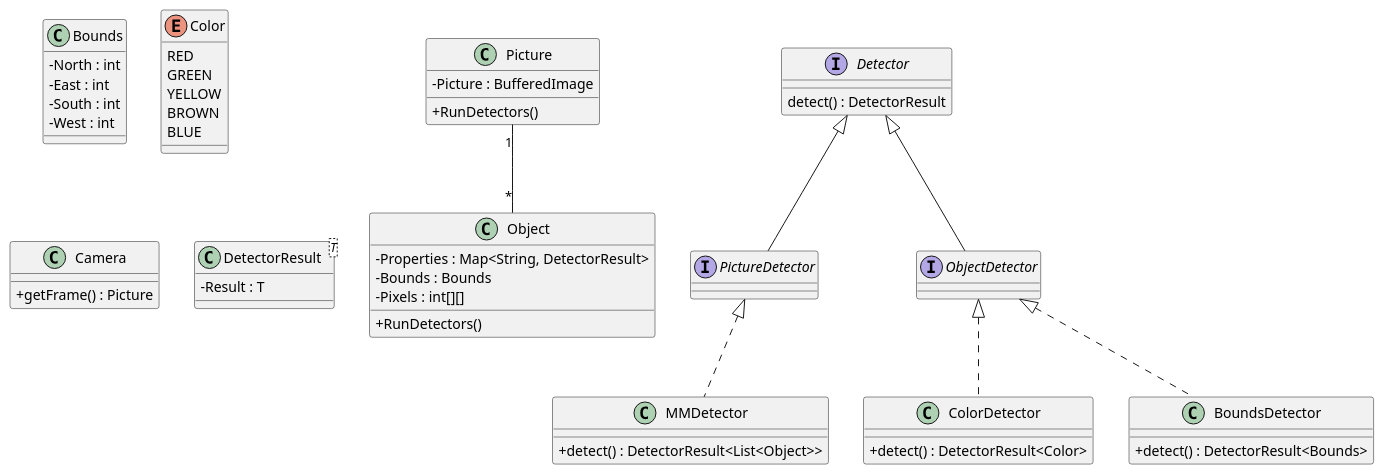
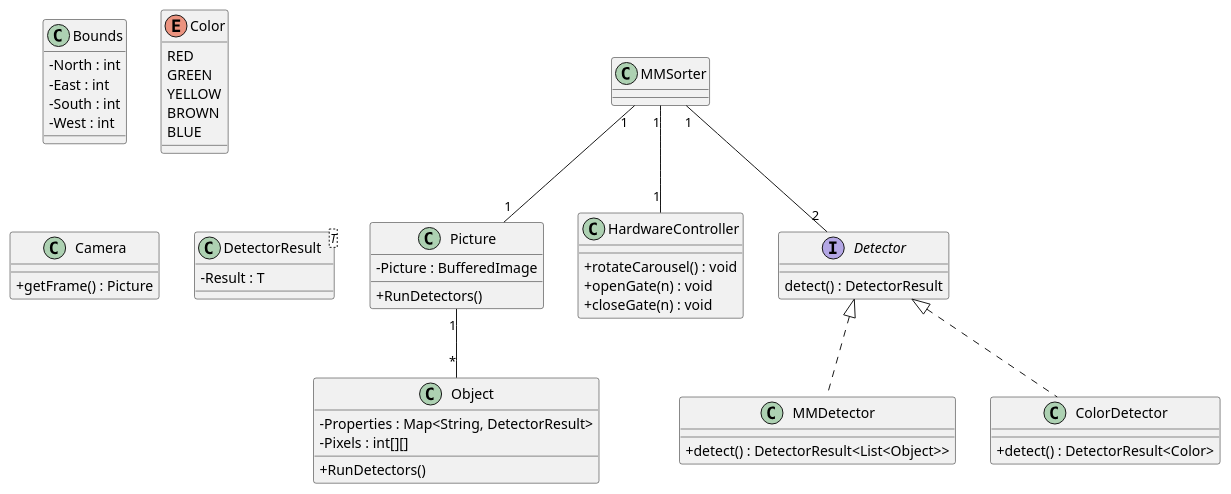
Before and after one commit to VincentBean/ProjRobotica: the diagram in src/ti02/robotica/UML/Class.puml, drawn with PlantUML. The commit also changed 7 other files, not shown here.

```diff
--- a/src/ti02/robotica/UML/Class.puml
+++ b/src/ti02/robotica/UML/Class.puml
@@ -1,79 +1,91 @@
 @startuml
 
 skinparam {
     classAttributeIconSize 0
     'shadowing false
     'handwritten true
     'monospace reverse
 }
 
+class MMSorter {
+
+}
+
 class Object {
     - Properties : Map<String, DetectorResult>
-    - Bounds : Bounds
+'    - Bounds : Bounds
     - Pixels : int[][]
     + RunDetectors()
 }
 
 class Bounds {
     - North : int
     - East : int
     - South : int
     - West : int
 }
 
 enum Color {
     RED
     GREEN
     YELLOW
     BROWN
     BLUE
 }
 
 class Picture {
     - Picture : BufferedImage
     + RunDetectors()
 }
 
 class Camera {
     + getFrame() : Picture
 }
 
+class HardwareController {
+    + rotateCarousel() : void
+    + openGate(n) : void
+    + closeGate(n) : void
+}
+
 interface Detector {
     detect() : DetectorResult
 }
 
-interface PictureDetector implements Detector {
+'interface PictureDetector implements Detector {
+'
+'}
 
-}
+'interface ObjectDetector implements Detector {
+'
+'}
 
-interface ObjectDetector implements Detector {
-
-}
-
-class MMDetector implements PictureDetector {
+class MMDetector implements Detector {
     + detect() : DetectorResult<List<Object>>
 }
 
-class ColorDetector implements ObjectDetector {
+class ColorDetector implements Detector {
     + detect() : DetectorResult<Color>
 }
 
-class BoundsDetector implements ObjectDetector {
-    + detect() : DetectorResult<Bounds>
-}
+'class BoundsDetector implements Detector {
+'    + detect() : DetectorResult<Bounds>
+'}
 
 class DetectorResult<T> {
     - Result : T
 }
 
+MMSorter "1" -- "2" Detector
+MMSorter "1" -- "1" Picture
+MMSorter "1" -- "1" HardwareController
 
 'Picture --* Camera
-
 
 'Picture "1" -- "*" Detector
 Picture "1" -- "*" Object
 
 'Object "1" --* Bounds
 'Object "1" --* Color
 
 @enduml
```
